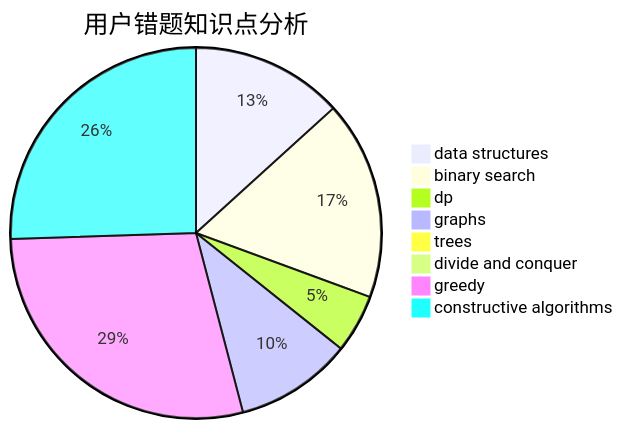
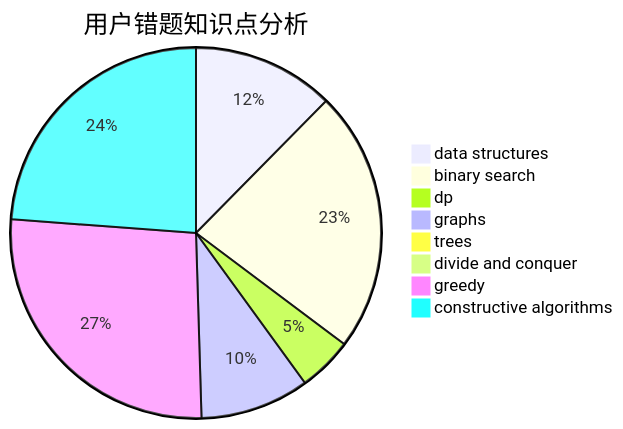
One commit to sherpahu/cfrs.github.io changed the third of 3 diagrams in docs/user/u2232.md. Above: the diagram before and after it, drawn with Mermaid. The commit also changed other lines of this file and 2770 other files, not shown here.

````diff
--- a/docs/user/u2232.md
+++ b/docs/user/u2232.md
@@ -36,11 +36,11 @@
 ```mermaid
 pie title 用户错题知识点分析
     "data structures" :  13
-    "binary search" :  17
+    "binary search" :  24
     "dp" :  5
     "graphs" :  10
     "trees" :  0
     "divide and conquer" :  0
     "greedy" :  28
     "constructive algorithms" :  25
 ```
````
